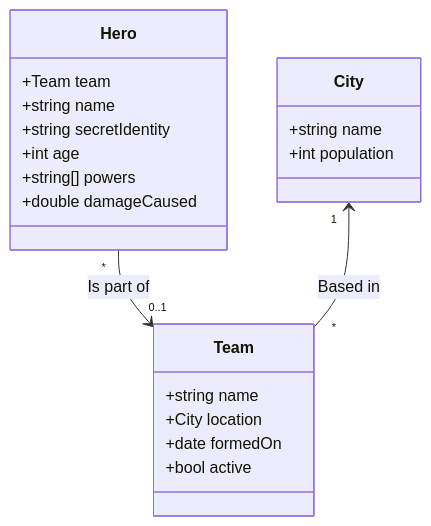
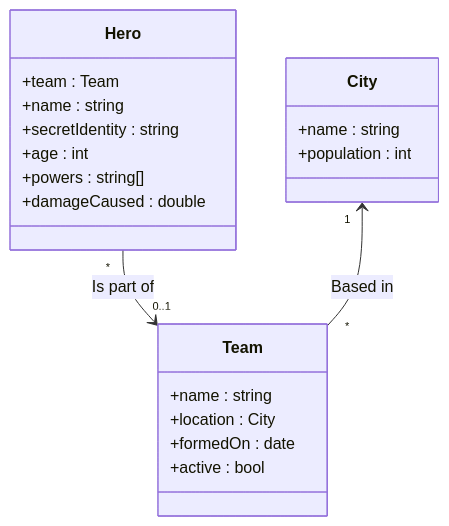
The diagram in DataDocumentation.md (ChemeketaCS/cs290DemoPlayground), drawn with Mermaid before and after one commit.

Commit message:
Fix formatting in DataDocumentation.md

````diff
--- a/DataDocumentation.md
+++ b/DataDocumentation.md
@@ -5,26 +5,26 @@
 ```mermaid
 classDiagram
     class Team {
-      +string name
-      +City location
-      +date formedOn
-      +bool active
+      +name : string
+      +location : City
+      +formedOn : date
+      +active : bool
     }
 
     class Hero {
-      +Team team
-      +string name
-      +string secretIdentity
-      +int age
-      +string[] powers
-      +double damageCaused
+      +team : Team
+      +name : string
+      +secretIdentity : string
+      +age : int
+      +powers : string[]
+      +damageCaused : double
     }
 
     class City {
-      +string name
-      +int population
+      +name : string
+      +population : int
     }
 
     Hero "*" --> "0..1" Team : Is part of
     City "1" <-- "*" Team : Based in
 ```
````
